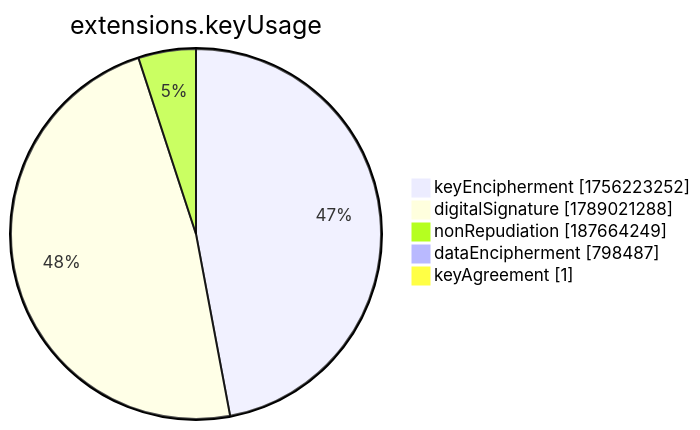
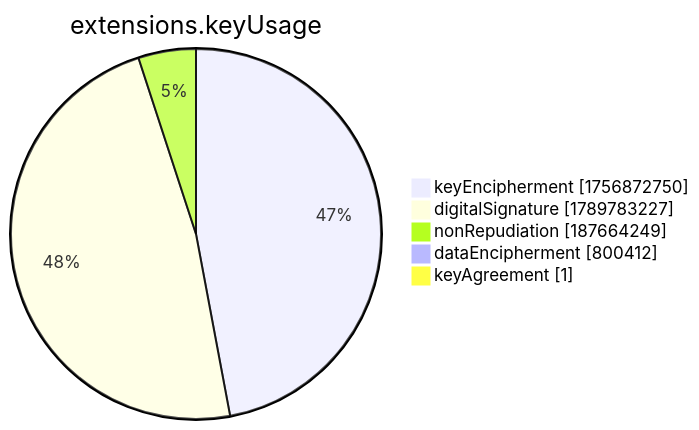
One commit to christiankrug/ctmonitor_visualization changed the seventh of 15 diagrams in xenon2022/README.md. Above: the diagram before and after it, drawn with Mermaid. The commit also changed other lines of this file, not shown here.

````diff
--- a/xenon2022/README.md
+++ b/xenon2022/README.md
@@ -2859,9 +2859,9 @@
 ```mermaid
 pie showData
 title extensions.keyUsage
-"keyEncipherment" :1756223252
-"digitalSignature" :1789021288
+"keyEncipherment" :1756872750
+"digitalSignature" :1789783227
 "nonRepudiation" :187664249
-"dataEncipherment" :798487
+"dataEncipherment" :800412
 "keyAgreement" :1
 ```
````
